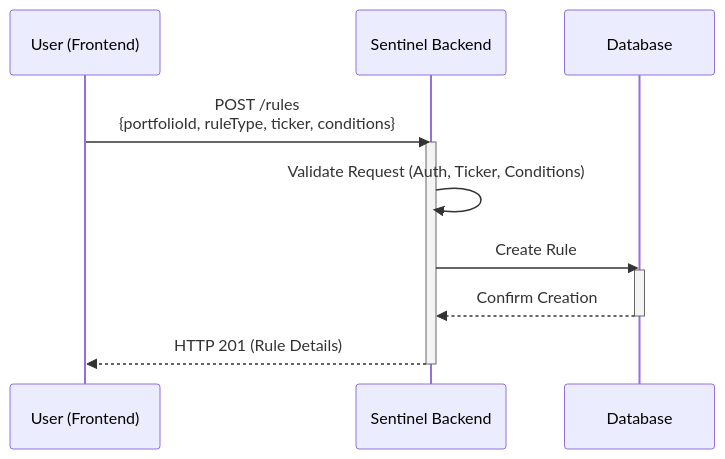
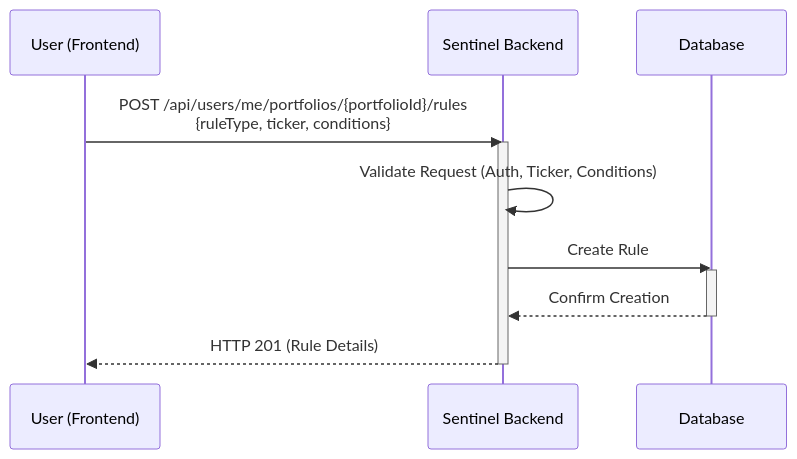
Before and after one commit to enzhao/Sentinel: the ninth of 12 diagrams in product_spec.md, drawn with Mermaid. The commit also changed other lines of this file, not shown here.

Commit message:
docs(spec): changed the handling of portfolio endpoints. #4

````diff
--- a/product_spec.md
+++ b/product_spec.md
@@ -639,15 +640,15 @@
 ```mermaid
 sequenceDiagram
     participant User as User (Frontend)
     participant Sentinel as Sentinel Backend
     participant DB as Database
-    User->>Sentinel: POST /rules <br> {portfolioId, ruleType, ticker, conditions}
+    User->>Sentinel: POST /api/users/me/portfolios/{portfolioId}/rules <br> {ruleType, ticker, conditions}
     activate Sentinel
     Sentinel->>Sentinel: Validate Request (Auth, Ticker, Conditions)
     Sentinel->>DB: Create Rule
     activate DB
     DB-->>Sentinel: Confirm Creation
     deactivate DB
     Sentinel-->>User: HTTP 201 (Rule Details)
     deactivate Sentinel
 ```
````
